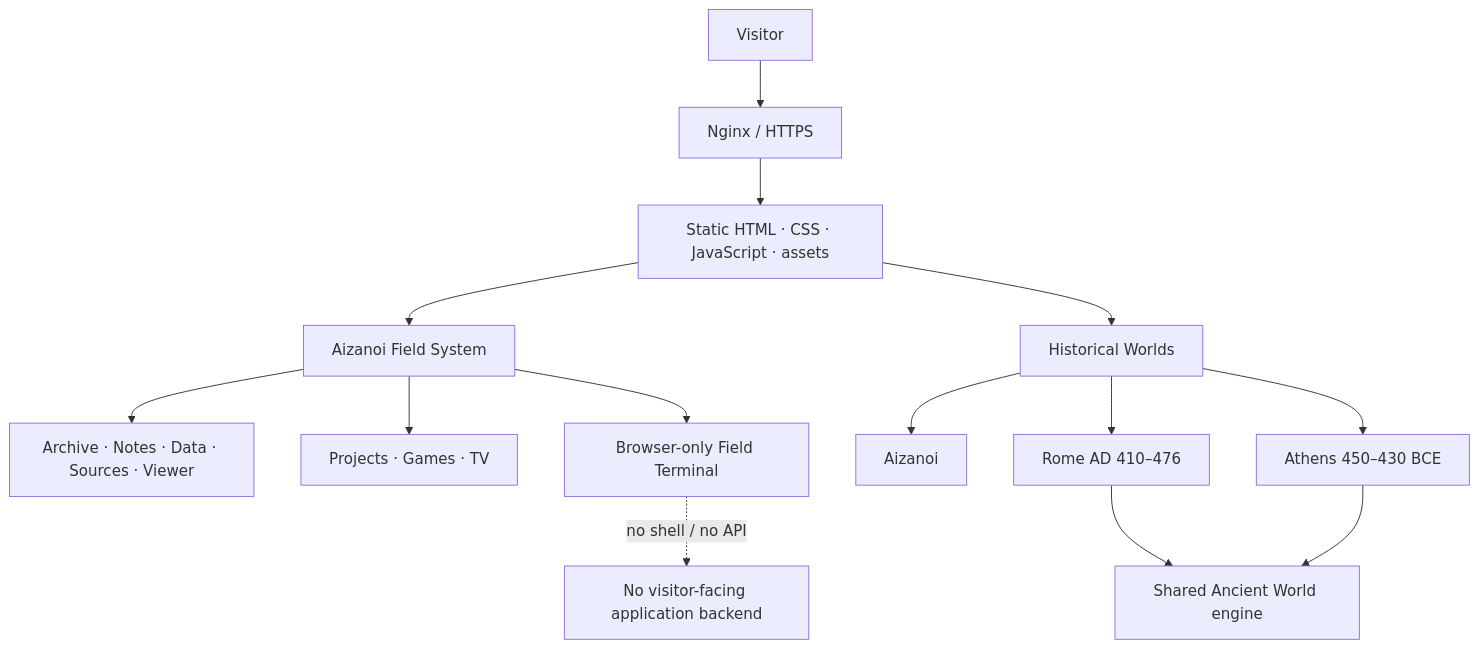
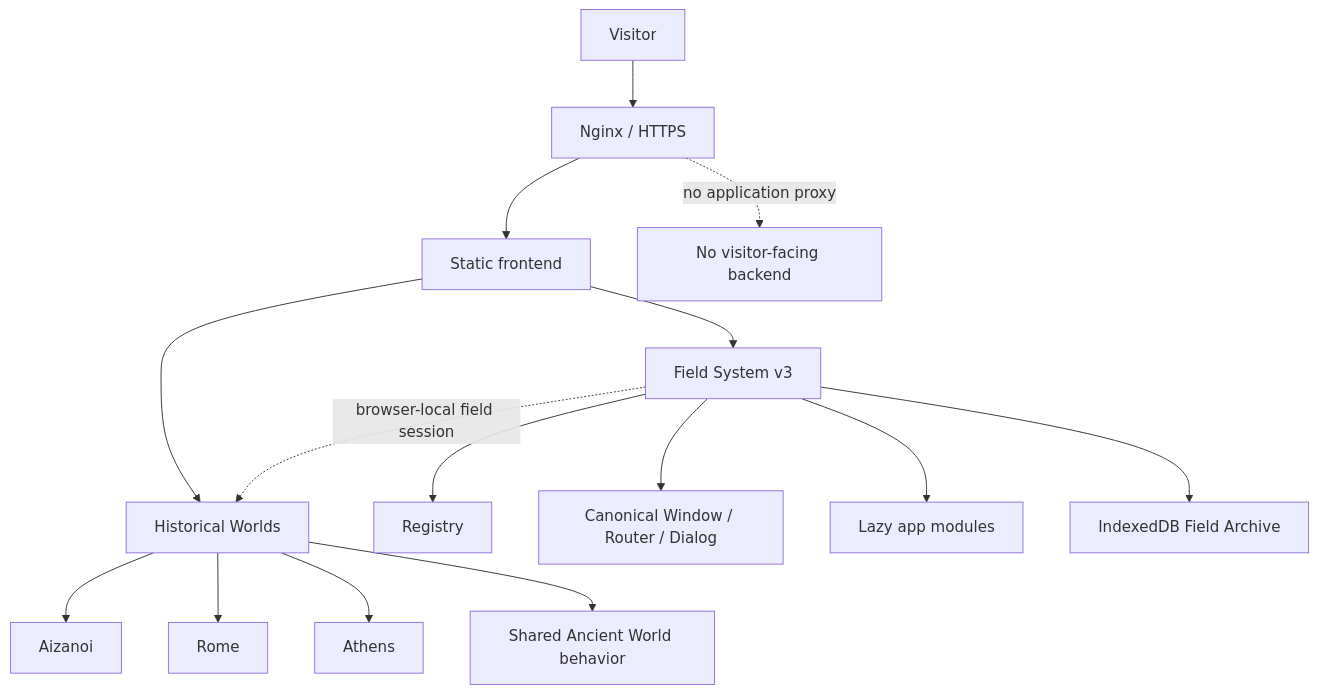
Before and after one commit to aizanoianalytics/aizanoi-analytics: the diagram in README.md, drawn with Mermaid. The commit also changed other lines of this file, not shown here.

Commit message:
docs: present Field System v3 as the canonical product

````diff
--- a/README.md
+++ b/README.md
@@ -84,21 +96,20 @@
 ```mermaid
 flowchart TD
     U[Visitor] --> N[Nginx / HTTPS]
-    N --> S[Static HTML · CSS · JavaScript · assets]
-
-    S --> OS[Aizanoi Field System]
+    N --> S[Static frontend]
+    S --> FS[Field System v3]
     S --> HW[Historical Worlds]
 
-    OS --> A[Archive · Notes · Data · Sources · Viewer]
-    OS --> B[Projects · Games · TV]
-    OS --> T[Browser-only Field Terminal]
+    FS --> R[Registry]
+    FS --> W[Canonical Window / Router / Dialog]
+    FS --> L[Lazy app modules]
+    FS --> I[IndexedDB Field Archive]
 
     HW --> AZ[Aizanoi]
-    HW --> RO[Rome AD 410–476]
-    HW --> AT[Athens 450–430 BCE]
+    HW --> RO[Rome]
+    HW --> AT[Athens]
+    HW --> E[Shared Ancient World behavior]
 
-    RO --> E[Shared Ancient World engine]
-    AT --> E
-
-    T -. no shell / no API .-> X[No visitor-facing application backend]
+    FS -. browser-local field session .-> HW
+    N -. no application proxy .-> X[No visitor-facing backend]
 ```
````
